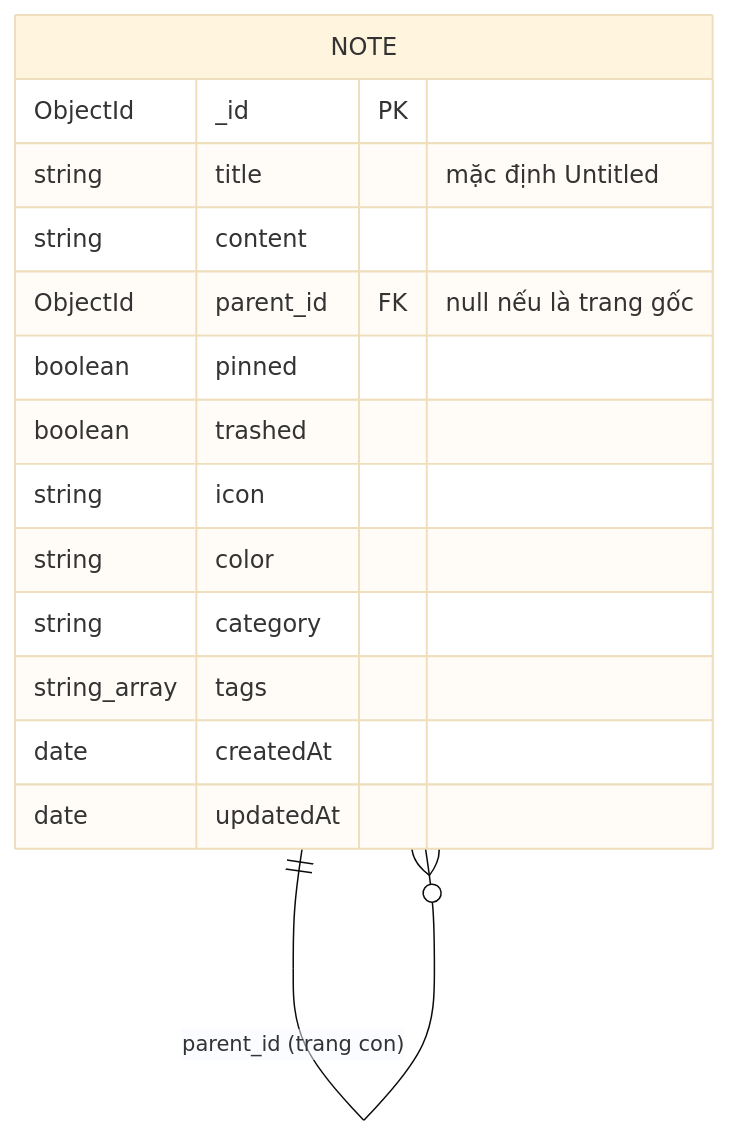
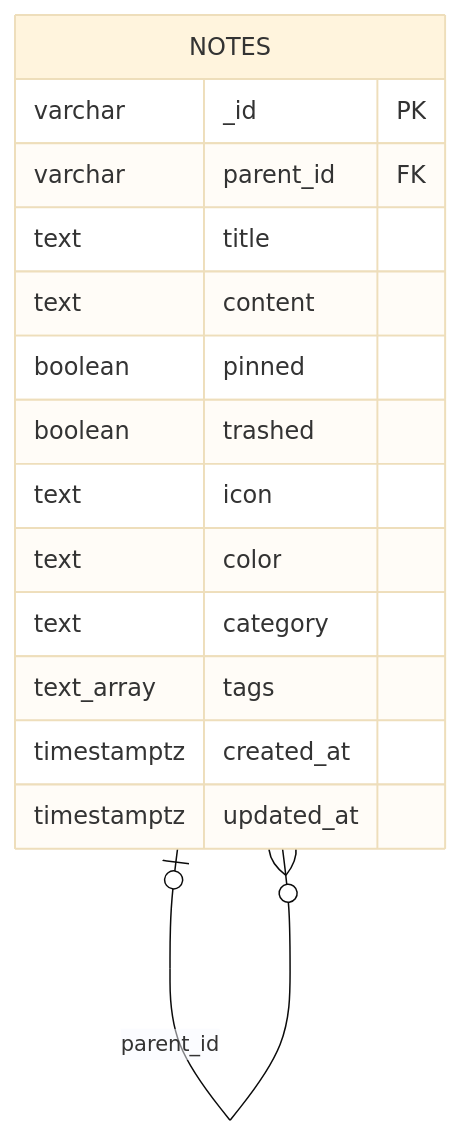
The diagram in README.md (CauDravan/basic-web-note), drawn with Mermaid (base theme) before and after one commit. The commit also changed other lines of this file and 14 other files, not shown here.

````diff
--- a/README.md
+++ b/README.md
@@ -57,18 +40,18 @@
 ```mermaid
 erDiagram
-    NOTE ||--o{ NOTE : "parent_id (trang con)"
-    NOTE {
-        ObjectId _id PK
-        string title "mặc định Untitled"
-        string content
-        ObjectId parent_id FK "null nếu là trang gốc"
+    NOTES o|--o{ NOTES : "parent_id"
+    NOTES {
+        varchar _id PK
+        varchar parent_id FK
+        text title
+        text content
         boolean pinned
         boolean trashed
-        string icon
-        string color
-        string category
-        string_array tags
-        date createdAt
-        date updatedAt
+        text icon
+        text color
+        text category
+        text_array tags
+        timestamptz created_at
+        timestamptz updated_at
     }
 ```
````
